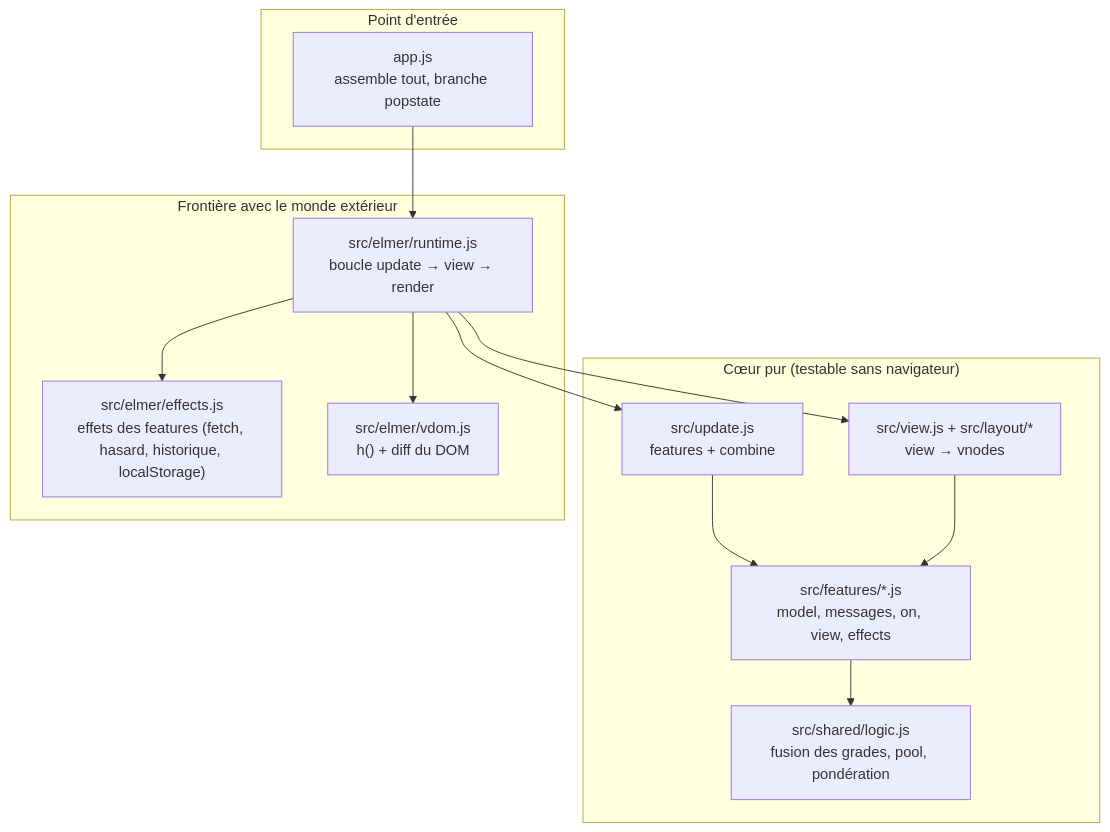
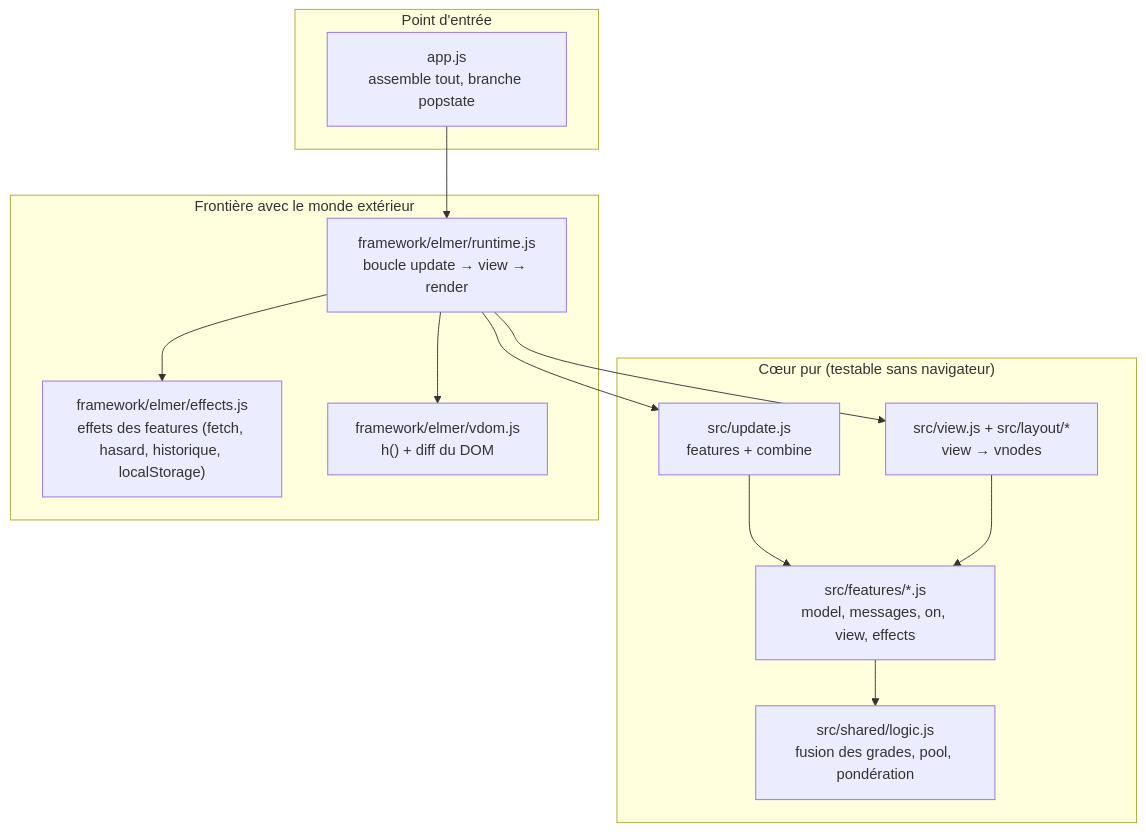
The second of 6 diagrams in README.md (devsigner/aikido-trainer), drawn with Mermaid before and after one commit. The commit also changed other lines of this file and 29 other files, not shown here.

Commit message:
Move the ELMer framework to framework/elmer at the repo root (v.65)

````diff
--- a/README.md
+++ b/README.md
@@ -124,25 +124,25 @@
 ```mermaid
 flowchart TB
     subgraph entry["Point d'entrée"]
         APP["app.js<br/>assemble tout, branche popstate"]
     end
     subgraph pure["Cœur pur (testable sans navigateur)"]
         UPD["src/update.js<br/>features + combine"]
         FEAT["src/features/*.js<br/>model, messages, on, view, effects"]
         VIEW["src/view.js + src/layout/*<br/>view → vnodes"]
         LOG["src/shared/logic.js<br/>fusion des grades, pool, pondération"]
     end
     subgraph impure["Frontière avec le monde extérieur"]
-        RUN["src/elmer/runtime.js<br/>boucle update → view → render"]
-        EFF["src/elmer/effects.js<br/>effets des features (fetch, hasard, historique, localStorage)"]
-        VDOM["src/elmer/vdom.js<br/>h() + diff du DOM"]
+        RUN["framework/elmer/runtime.js<br/>boucle update → view → render"]
+        EFF["framework/elmer/effects.js<br/>effets des features (fetch, hasard, historique, localStorage)"]
+        VDOM["framework/elmer/vdom.js<br/>h() + diff du DOM"]
     end
     APP --> RUN
     RUN --> UPD
     RUN --> VIEW
     RUN --> EFF
     RUN --> VDOM
     UPD --> FEAT
     FEAT --> LOG
     VIEW --> FEAT
 ```
````
